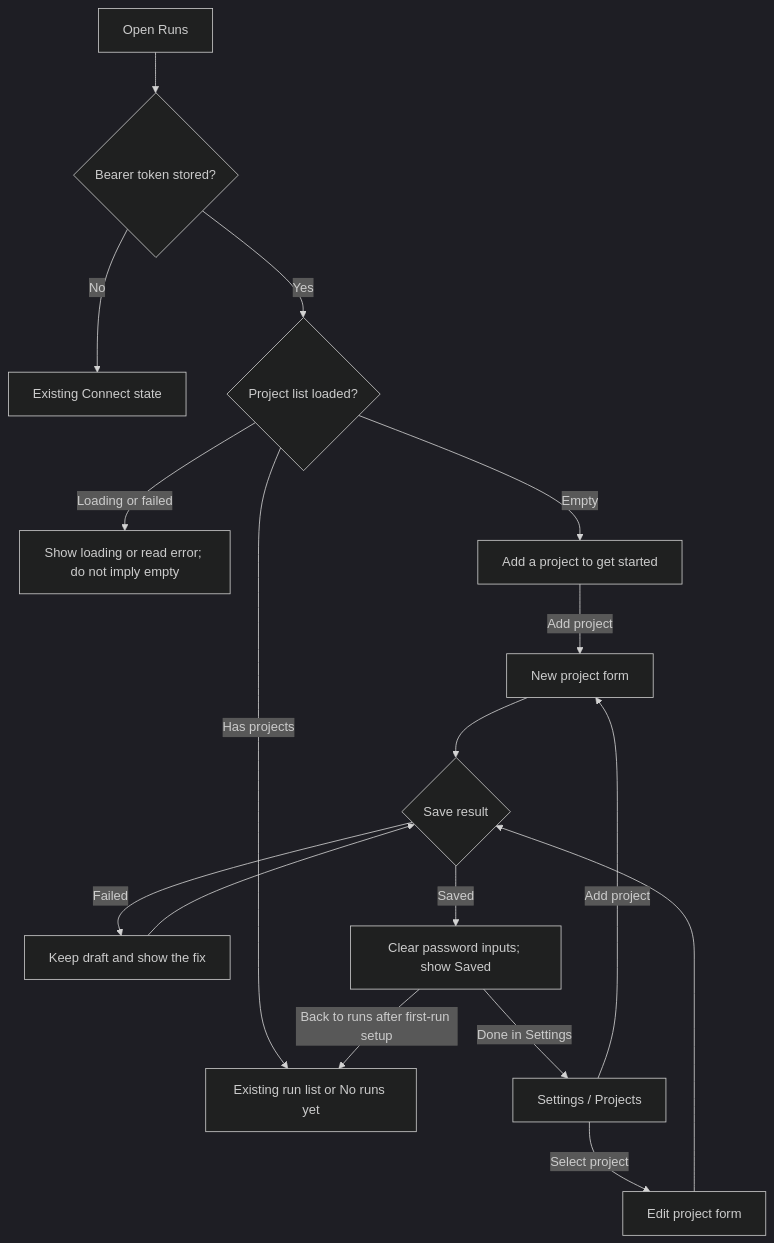
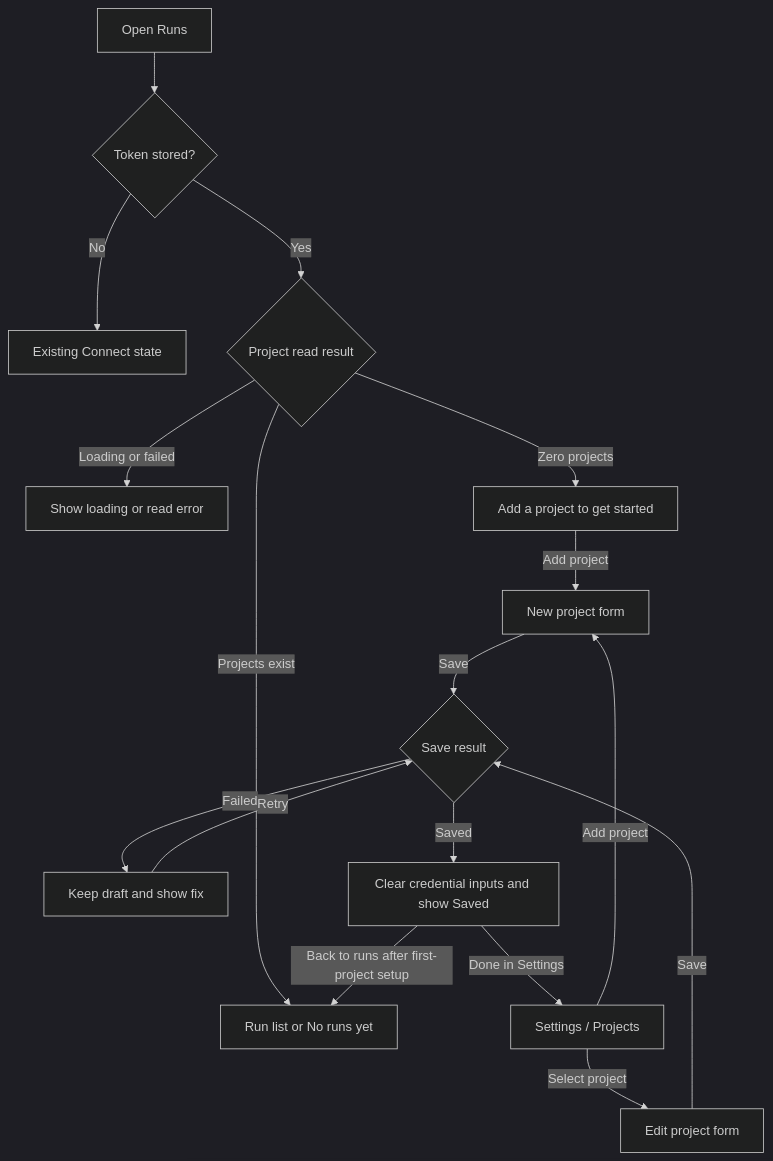
One commit to markdstafford/autocatalyst changed the first of 3 diagrams in context-human/specs/feature-project-and-credential-setup.md. Above: the diagram before and after it, drawn with Mermaid (dark theme). The commit also changed other lines of this file, not shown here.

Commit message:
docs: revise feature spec project-and-credential-setup

````diff
--- a/context-human/specs/feature-project-and-credential-setup.md
+++ b/context-human/specs/feature-project-and-credential-setup.md
@@ -76,19 +77,19 @@
 ```mermaid
 flowchart TD
-  R[Open Runs] --> T{Bearer token stored?}
+  R[Open Runs] --> T{Token stored?}
   T -- No --> C[Existing Connect state]
-  T -- Yes --> P{Project list loaded?}
-  P -- Loading or failed --> L[Show loading or read error; do not imply empty]
-  P -- Empty --> E[Add a project to get started]
-  P -- Has projects --> V[Existing run list or No runs yet]
+  T -- Yes --> P{Project read result}
+  P -- Loading or failed --> L[Show loading or read error]
+  P -- Zero projects --> E[Add a project to get started]
+  P -- Projects exist --> V[Run list or No runs yet]
   E -->|Add project| N[New project form]
   S[Settings / Projects] -->|Add project| N
   S -->|Select project| F[Edit project form]
-  N --> A{Save result}
-  F --> A
-  A -- Failed --> D[Keep draft and show the fix]
-  D --> A
-  A -- Saved --> K[Clear password inputs; show Saved]
+  N -->|Save| A{Save result}
+  F -->|Save| A
+  A -- Failed --> D[Keep draft and show fix]
+  D -->|Retry| A
+  A -- Saved --> K[Clear credential inputs and show Saved]
   K -->|Done in Settings| S
-  K -->|Back to runs after first-run setup| V
+  K -->|Back to runs after first-project setup| V
 ```
````
